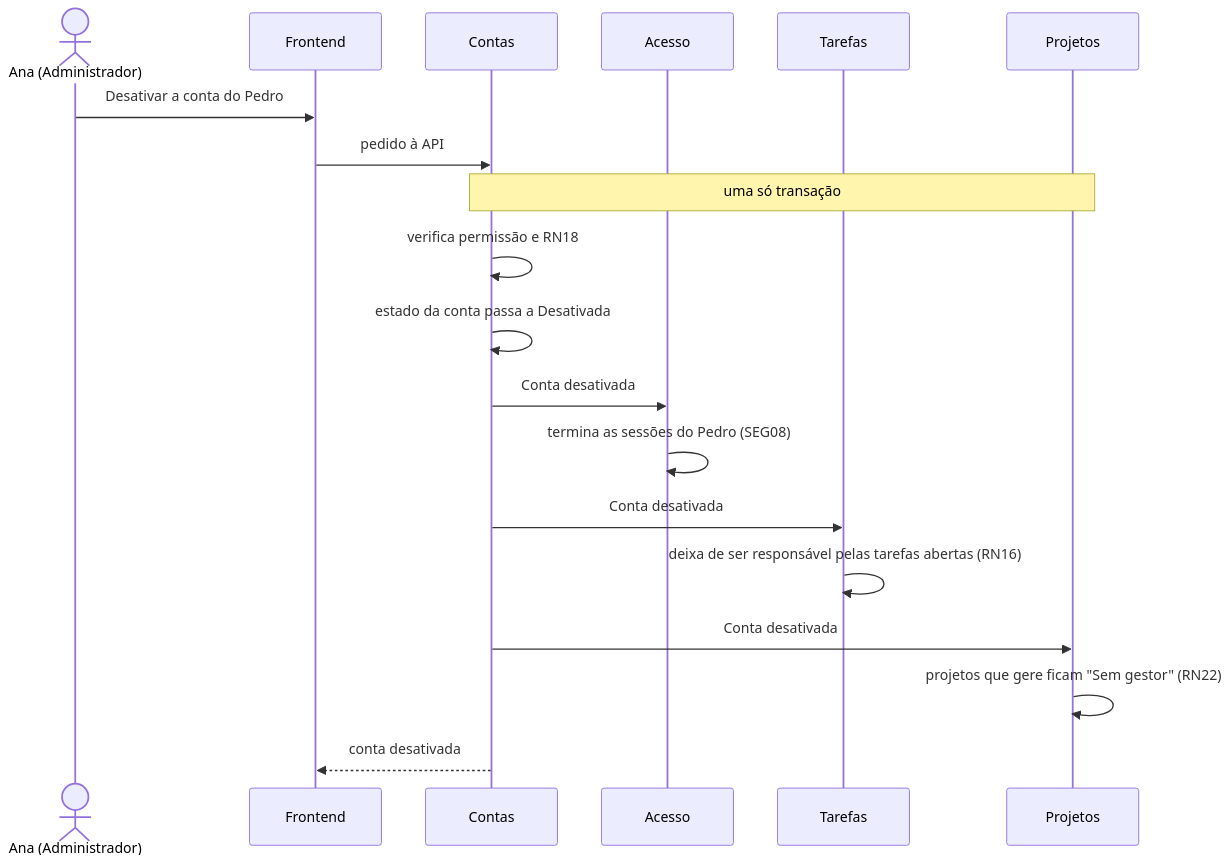
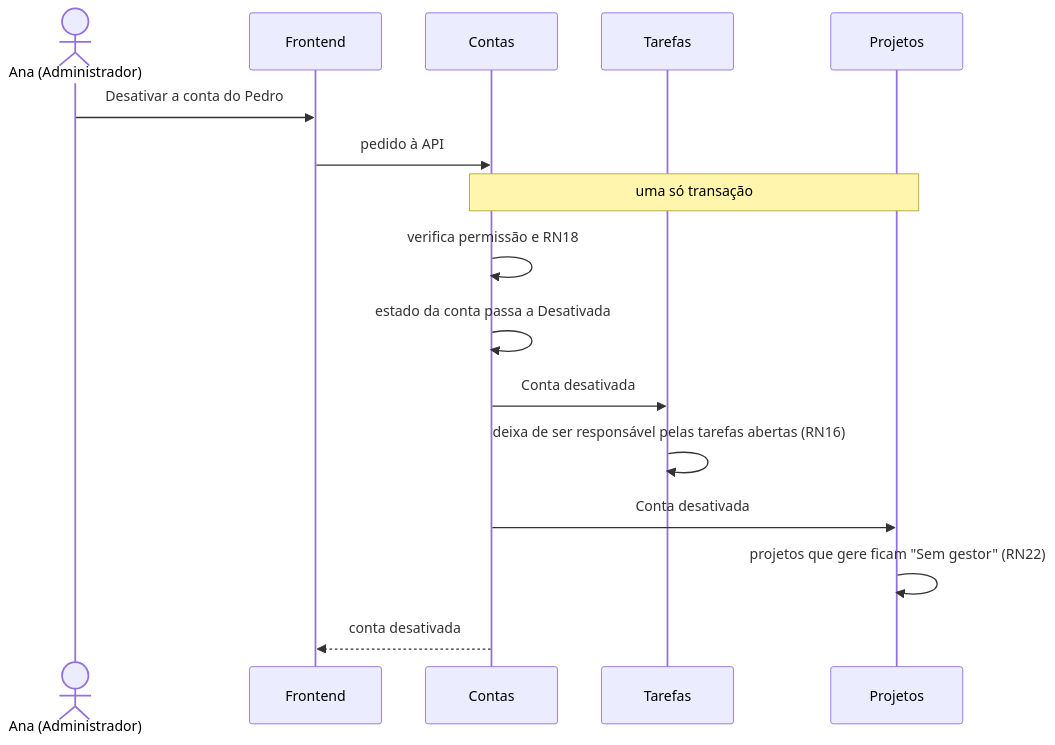
The third of 4 diagrams in docs/architecture.md (vapreace/ai-power-software-engineering-matrix), drawn with Mermaid before and after one commit. The commit also changed other lines of this file and 53 other files, not shown here.

````diff
--- a/docs/architecture.md
+++ b/docs/architecture.md
@@ -202,21 +203,18 @@
 ```mermaid
 sequenceDiagram
     actor Ana as Ana (Administrador)
     participant F as Frontend
     participant C as Contas
-    participant Ac as Acesso
     participant T as Tarefas
     participant P as Projetos
     Ana->>F: Desativar a conta do Pedro
     F->>C: pedido à API
     Note over C,P: uma só transação
     C->>C: verifica permissão e RN18
     C->>C: estado da conta passa a Desativada
-    C->>Ac: Conta desativada
-    Ac->>Ac: termina as sessões do Pedro (SEG08)
     C->>T: Conta desativada
     T->>T: deixa de ser responsável pelas tarefas abertas (RN16)
     C->>P: Conta desativada
     P->>P: projetos que gere ficam "Sem gestor" (RN22)
     C-->>F: conta desativada
 ```
````
